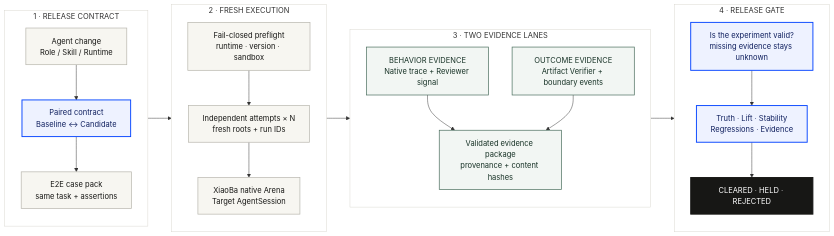
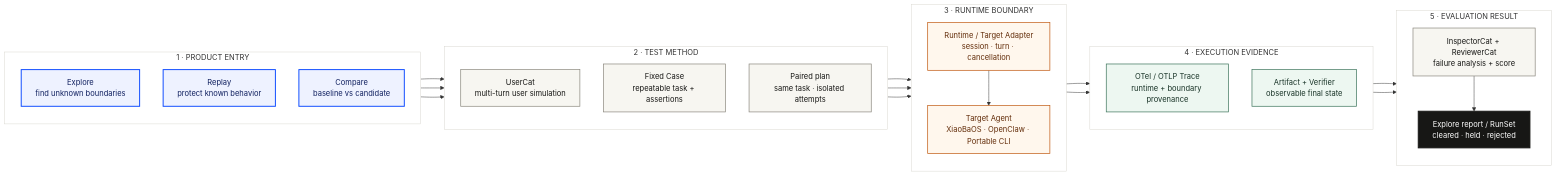
The diagram in assets/posts/barena/architecture.mmd (fightheyyy/fightheyyy.github.io), drawn with Mermaid before and after one commit. The commit also changed 4 other files, not shown here.

Commit message:
Rewrite Barena release CI case study

```diff
--- a/assets/posts/barena/architecture.mmd
+++ b/assets/posts/barena/architecture.mmd
@@ -1,56 +1,65 @@
-%% Barena reader map — paired execution, two evidence lanes, release gate
+%% Barena reader map — three product entries, one runtime boundary, evidence-backed judgment
 flowchart LR
-    subgraph Change["1 · RELEASE CONTRACT"]
+    subgraph Entry["1 · PRODUCT ENTRY"]
         direction TB
-        Candidate["Agent change<br/>Role / Skill / Runtime"]
-        Pair["Paired contract<br/>Baseline ↔ Candidate"]
-        Cases["E2E case pack<br/>same task + assertions"]
-        Candidate --> Pair
-        Pair --> Cases
+        Explore["Explore<br/>find unknown boundaries"]
+        Replay["Replay<br/>protect known behavior"]
+        Compare["Compare<br/>baseline vs candidate"]
     end
 
-    subgraph Execution["2 · FRESH EXECUTION"]
+    subgraph Method["2 · TEST METHOD"]
         direction TB
-        Preflight["Fail-closed preflight<br/>runtime · version · sandbox"]
-        Attempts["Independent attempts × N<br/>fresh roots + run IDs"]
-        Target["XiaoBa native Arena<br/>Target AgentSession"]
-        Preflight --> Attempts
-        Attempts --> Target
+        UserCat["UserCat<br/>multi-turn user simulation"]
+        FixedCase["Fixed Case<br/>repeatable task + assertions"]
+        PairedPlan["Paired plan<br/>same task · isolated attempts"]
     end
 
-    subgraph Evidence["3 · TWO EVIDENCE LANES"]
+    subgraph Runtime["3 · RUNTIME BOUNDARY"]
         direction TB
-        Behavior["BEHAVIOR EVIDENCE<br/>Native trace + Reviewer signal"]
-        Reality["OUTCOME EVIDENCE<br/>Artifact Verifier + boundary events"]
-        Package["Validated evidence package<br/>provenance + content hashes"]
-        Behavior --> Package
-        Reality --> Package
+        Adapter["Runtime / Target Adapter<br/>session · turn · cancellation"]
+        Targets["Target Agent<br/>XiaoBaOS · OpenClaw · Portable CLI"]
+        Adapter --> Targets
     end
 
-    subgraph Gate["4 · RELEASE GATE"]
+    subgraph Evidence["4 · EXECUTION EVIDENCE"]
         direction TB
-        Validity["Is the experiment valid?<br/>missing evidence stays unknown"]
-        Contract["Truth · Lift · Stability<br/>Regressions · Evidence"]
-        Decision["CLEARED · HELD · REJECTED"]
-        Validity --> Contract
-        Contract --> Decision
+        Trace["OTel / OTLP Trace<br/>runtime + boundary provenance"]
+        Outcome["Artifact + Verifier<br/>observable final state"]
     end
 
-    Change --> Execution
-    Execution --> Evidence
-    Evidence --> Gate
+    subgraph Judgment["5 · EVALUATION RESULT"]
+        direction TB
+        Review["InspectorCat + ReviewerCat<br/>failure analysis + score"]
+        Result["Explore report / RunSet<br/>cleared · held · rejected"]
+        Review --> Result
+    end
 
-    classDef input fill:#f7f6f1,stroke:#b9b7af,color:#171715,stroke-width:1.5px;
-    classDef signal fill:#eef2ff,stroke:#0645ff,color:#10205f,stroke-width:2px;
-    classDef evidence fill:#f2f6f3,stroke:#4d7060,color:#183327,stroke-width:1.5px;
-    classDef decision fill:#171715,stroke:#171715,color:#ffffff,stroke-width:2px;
+    Explore --> UserCat
+    Replay --> FixedCase
+    Compare --> PairedPlan
+    UserCat --> Adapter
+    FixedCase --> Adapter
+    PairedPlan --> Adapter
+    Targets --> Trace
+    Targets --> Outcome
+    Trace --> Review
+    Outcome --> Review
 
-    class Candidate,Cases,Preflight,Attempts,Target input;
-    class Pair,Validity,Contract signal;
-    class Behavior,Reality,Package evidence;
-    class Decision decision;
+    classDef entry fill:#eef2ff,stroke:#0645ff,color:#10205f,stroke-width:2px;
+    classDef method fill:#f7f6f1,stroke:#8d8a80,color:#171715,stroke-width:1.5px;
+    classDef runtime fill:#fff7ed,stroke:#c25c16,color:#632d0a,stroke-width:1.5px;
+    classDef evidence fill:#edf7f1,stroke:#3f765e,color:#183327,stroke-width:1.5px;
+    classDef result fill:#171715,stroke:#171715,color:#ffffff,stroke-width:2px;
 
-    style Change fill:#ffffff,stroke:#d8d6cf,stroke-width:1px
-    style Execution fill:#ffffff,stroke:#d8d6cf,stroke-width:1px
+    class Explore,Replay,Compare entry;
+    class UserCat,FixedCase,PairedPlan method;
+    class Adapter,Targets runtime;
+    class Trace,Outcome evidence;
+    class Review method;
+    class Result result;
+
+    style Entry fill:#ffffff,stroke:#d8d6cf,stroke-width:1px
+    style Method fill:#ffffff,stroke:#d8d6cf,stroke-width:1px
+    style Runtime fill:#ffffff,stroke:#d8d6cf,stroke-width:1px
     style Evidence fill:#ffffff,stroke:#d8d6cf,stroke-width:1px
-    style Gate fill:#ffffff,stroke:#d8d6cf,stroke-width:1px
+    style Judgment fill:#ffffff,stroke:#d8d6cf,stroke-width:1px
```
